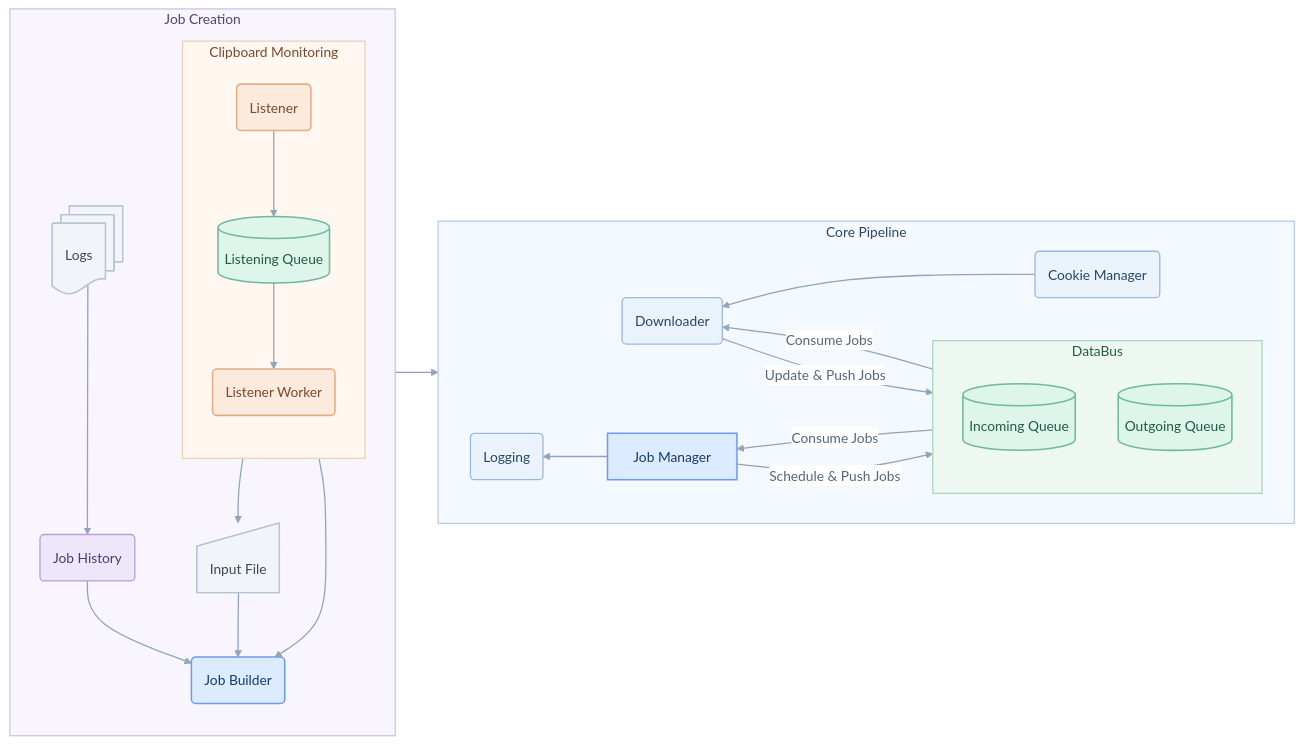
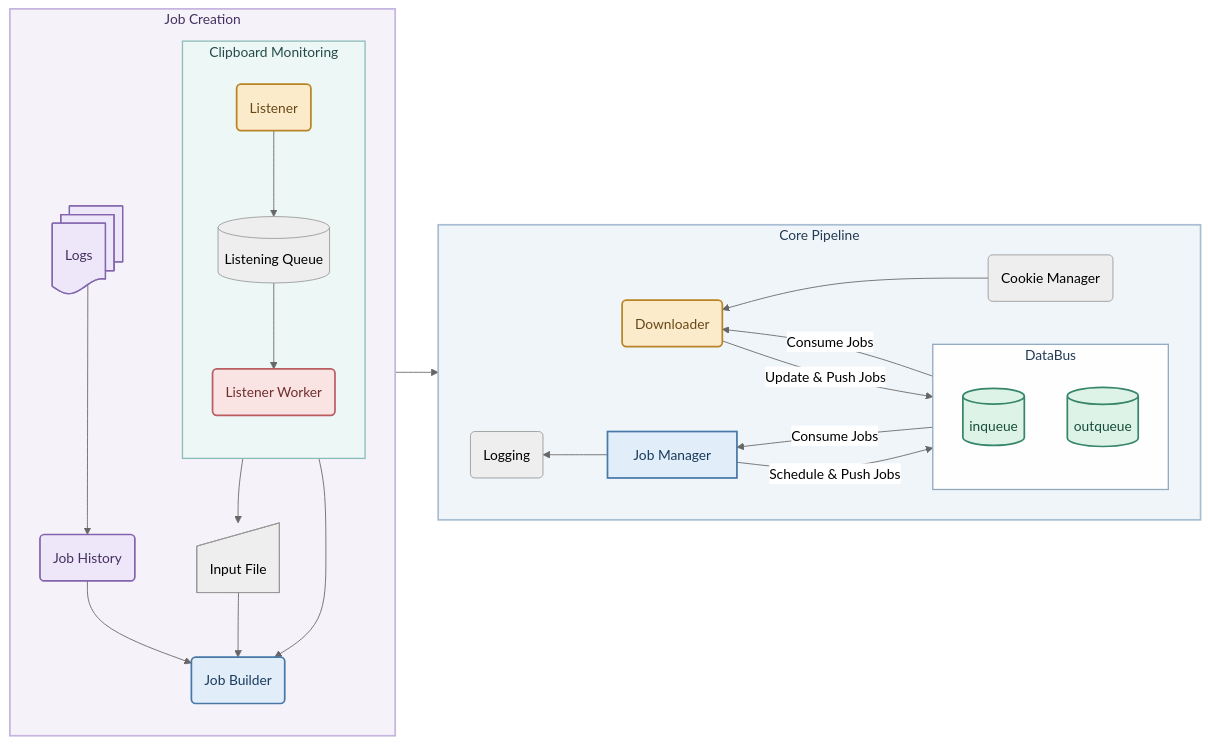
The diagram in diagrams/complete.mmd (ChandraBhan07/mermaid-test), drawn with Mermaid (neutral theme) before and after one commit.

```diff
--- a/diagrams/complete.mmd
+++ b/diagrams/complete.mmd
@@ -1,77 +1,95 @@
-
 flowchart LR
 
     subgraph core["Core Pipeline"]
     direction RL
         jobmanager@{ shape: rect, label: "Job Manager" }
-        downloader@{ shape: rounded, label: "Downloader" }
-        logging@{ shape: rounded, label: "Logging" }
-        cookiemanager@{ shape: rounded, label: "Cookie Manager" }
+        downloader@{ shape: rounded, label: "Downloader"}
+        logging@{ shape: rounded, label: "Logging"}
+        cookiemanager@{ shape: rounded, label: "Cookie Manager"}
 
         subgraph bus["DataBus"]
             direction TB
-            inqueue@{ shape: cyl, label: "Incoming Queue" }
-            outqueue@{ shape: cyl, label: "Outgoing Queue" }
+            inqueue@{ shape: cyl, label:"Incoming Queue"}
+            outqueue@{ shape: cyl, label:"Outgoing Queue"}
         end
 
         downloader -- "Update & Push Jobs" --> inqueue
         inqueue -- "Consume Jobs" --> jobmanager
         jobmanager -- "Schedule & Push Jobs" --> outqueue
         jobmanager --> logging
         cookiemanager --> downloader
         outqueue -- "Consume Jobs" --> downloader
+    
     end
+
 
     subgraph job["Job Creation"]
     direction TD
-        inputfile@{ shape: manual-input, label: "Input File" }
+        inputfile@{shape: manual-input, label: "Input File"}
+        
         logs@{ shape: docs, label: "Logs" }
         jobhistory@{ shape: rounded, label: "Job History" }
         jobbuilder@{ shape: rounded, label: "Job Builder" }
-
         subgraph listen["Clipboard Monitoring"]
         direction TD
             lisqueue@{ shape: cyl, label: "Listening Queue" }
-            listener@{ shape: rounded, label: "Listener" }
-            worker@{ shape: rounded, label: "Listener Worker" }
+            listener@{ shape: rounded, label: "Listener"}
+            worker@{ shape: rounded, label: "Listener Worker"}
+
+            
         end
+    logs --> jobhistory
+    jobhistory --> jobbuilder
+    inputfile --> jobbuilder
+    listener --> lisqueue
+    lisqueue --> worker
+    worker --> jobbuilder
+    worker --> inputfile
+    jobbuilder -->inqueue
 
-        logs --> jobhistory
-        jobhistory --> jobbuilder
-        inputfile --> jobbuilder
-        listener --> lisqueue
-        lisqueue --> worker
-        worker --> jobbuilder
-        worker --> inputfile
-        jobbuilder --> inqueue
-    end
+end
 
-    %% Component colors
-    classDef primary fill:#DCEBFF,stroke:#6D9EEB,color:#193B66,stroke-width:1.8px
-    classDef process fill:#EAF2FC,stroke:#9BB8DE,color:#294765,stroke-width:1.5px
-    classDef queue fill:#DDF5EA,stroke:#70B99A,color:#205C46,stroke-width:1.8px
-    classDef monitor fill:#FCEBDD,stroke:#E5AC83,color:#79482D,stroke-width:1.8px
-    classDef history fill:#EEE7FA,stroke:#B3A0D9,color:#4D3B70,stroke-width:1.5px
-    classDef neutral fill:#F1F4F8,stroke:#B8C4D3,color:#39485A,stroke-width:1.5px
 
-    %% Core Pipeline
-    class jobmanager,jobbuilder primary
-    class downloader,cookiemanager,logging process
-    class inqueue,outqueue queue
 
-    %% Job Creation
-    class inputfile,logs neutral
-    class jobhistory history
 
-    %% Clipboard Monitoring
-    class lisqueue queue
-    class listener,worker monitor
 
-    %% Subgraph backgrounds
-    style core fill:#F4F8FF,stroke:#B8CCE8,stroke-width:1.5px,color:#294765
-    style bus fill:#EDF8F2,stroke:#A8D6BE,stroke-width:1.5px,color:#285B48
-    style job fill:#F8F5FF,stroke:#D0C3EB,stroke-width:1.5px,color:#51416F
-    style listen fill:#FFF7F0,stroke:#F0D0B7,stroke-width:1.5px,color:#79482D
+    
 
-    %% Consistent connectors
-    linkStyle default stroke:#91A4BB,stroke-width:1.5px,color:#52677E
+%% ===== SUBGRAPH CONTAINERS =====
+style core fill:#F0F5FA,stroke:#A9BED3,color:#243B53,stroke-width:2px
+style bus fill:#FEFEFE,stroke:#91A9BF,color:#243B53,stroke-width:1.5px
+style job fill:#F5F2FA,stroke:#C5B5DF,color:#44315F,stroke-width:2px
+style listen fill:#FDF7E9,stroke:#E5CD94,color:#684817,stroke-width:1.5px
+
+%% ===== CORE PIPELINE =====
+style jobmanager fill:#E2EDFA,stroke:#4778A8,color:#183B5B,stroke-width:2px
+style downloader fill:#FCEBCB,stroke:#B98524,color:#684817,stroke-width:2px
+%% style logging fill:#E9EFF5,stroke:#71869A,color:#30465A,stroke-width:1.5px
+%% style cookiemanager fill:#E9EFF5,stroke:#71869A,color:#30465A,stroke-width:1.5px
+
+%% ===== QUEUES =====
+style inqueue fill:#DDF3E8,stroke:#37866A,color:#174D3B,stroke-width:2px
+style outqueue fill:#DDF3E8,stroke:#37866A,color:#174D3B,stroke-width:2px
+%% style lisqueue fill:#DDF3E8,stroke:#37866A,color:#174D3B,stroke-width:2px
+
+%% ===== JOB CREATION =====
+%% style inputfile fill:#F0F5FA,stroke:#71869A,color:#30465A,stroke-width:1.5px
+style logs fill:#EEE7FA,stroke:#8265AC,color:#44315F,stroke-width:1.5px
+style jobhistory fill:#EEE7FA,stroke:#8265AC,color:#44315F,stroke-width:2px
+style jobbuilder fill:#E2EDFA,stroke:#4778A8,color:#183B5B,stroke-width:2px
+
+%% ===== CLIPBOARD MONITORING =====
+style listener fill:#FCEBCB,stroke:#B98524,color:#684817,stroke-width:2px
+style worker fill:#F9E3E3,stroke:#B95D60,color:#702D30,stroke-width:2px
+
+%% Clipboard Monitoring — cool teal container
+style listen fill:#EDF7F6,stroke:#8BBDB7,color:#244B49,stroke-width:1.5px
+
+%% Listener — retain execution-component identity
+style listener fill:#FCEBCB,stroke:#B98524,color:#684817,stroke-width:2px
+
+%% Listening Queue — retain queue identity
+%% style lisqueue fill:#DDF3E8,stroke:#37866A,color:#174D3B,stroke-width:2px
+
+%% Listener Worker — restrained coral accent
+style worker fill:#F9E3E3,stroke:#B95D60,color:#702D30,stroke-width:2px
```
